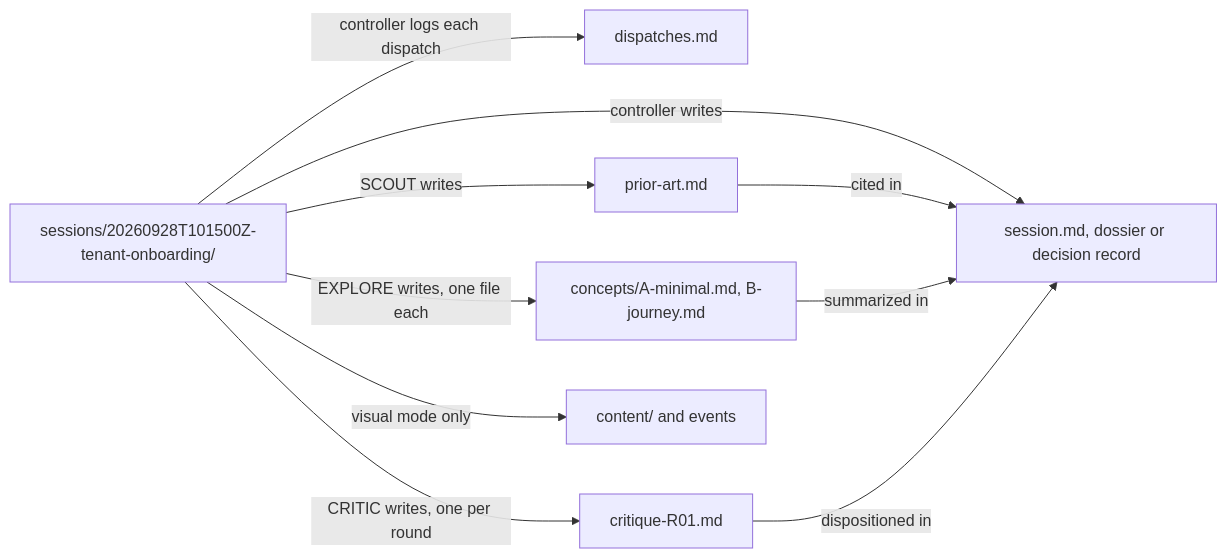
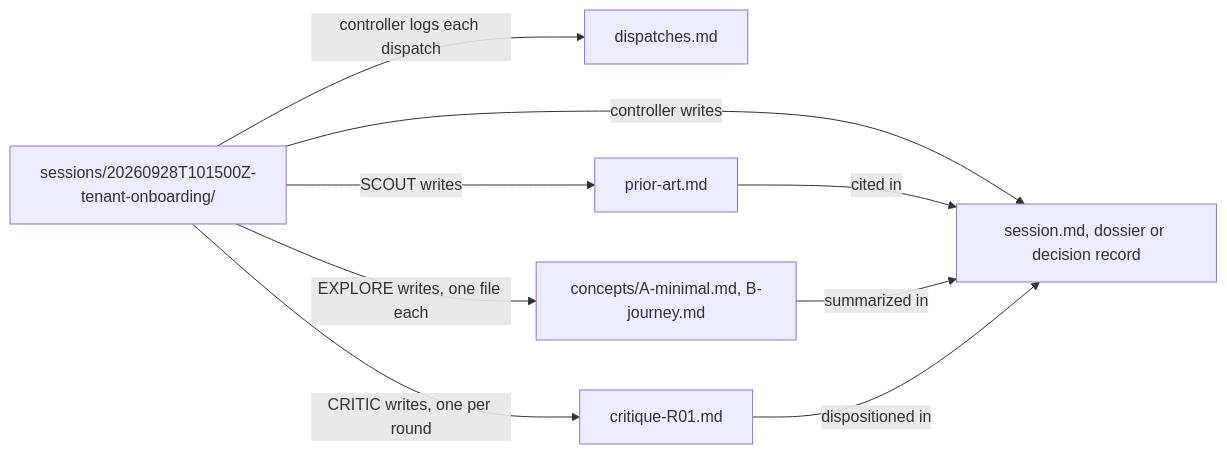
Before and after one commit to Atri10/executor: the second of 6 diagrams in skills/executor/references/layout.md, drawn with Mermaid. The commit also changed other lines of this file and 9 other files, not shown here.

````diff
--- a/skills/executor/references/layout.md
+++ b/skills/executor/references/layout.md
@@ -36,13 +35,12 @@
 ```mermaid
 flowchart LR
     DIR["sessions/20260928T101500Z-tenant-onboarding/"]
     DIR -->|"controller writes"| REC["session.md, dossier or decision record"]
     DIR -->|"controller logs each dispatch"| DISP["dispatches.md"]
     DIR -->|"SCOUT writes"| PA["prior-art.md"]
     DIR -->|"EXPLORE writes, one file each"| CON["concepts/A-minimal.md, B-journey.md"]
     DIR -->|"CRITIC writes, one per round"| CRIT["critique-R01.md"]
-    DIR -->|"visual mode only"| VIS["content/ and events"]
     PA -->|"cited in"| REC
     CON -->|"summarized in"| REC
     CRIT -->|"dispositioned in"| REC
 ```
````
